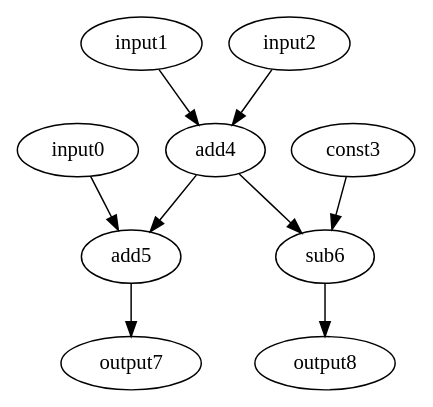
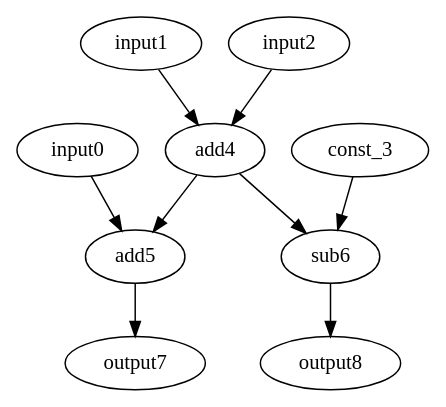
The diagram in benchmarks/microbench/sum/graph_loop.dot (dekisa/cgra-me), drawn with Graphviz before and after one commit. The commit also changed 5 other files, not shown here.

```diff
--- a/benchmarks/microbench/sum/graph_loop.dot
+++ b/benchmarks/microbench/sum/graph_loop.dot
@@ -1,19 +1,19 @@
 digraph G {
 input0[opcode=input];
 input1[opcode=input];
 input2[opcode=input];
-const3[opcode=const];
+const_3[opcode=const]; //2
 add4[opcode=add];
 add5[opcode=add];
 sub6[opcode=sub];
 output7[opcode=output];
 output8[opcode=output];
 input1->add4[operand=0]; 
 input2->add4[operand=1];
 input0->add5[operand=0]; 
 add4->add5[operand=1];
 add4->sub6[operand=1]; 
-const3->sub6[operand=0];
+const_3->sub6[operand=0];
 add5->output7[operand=0]; 
 sub6->output8[operand=0];
 }
```
